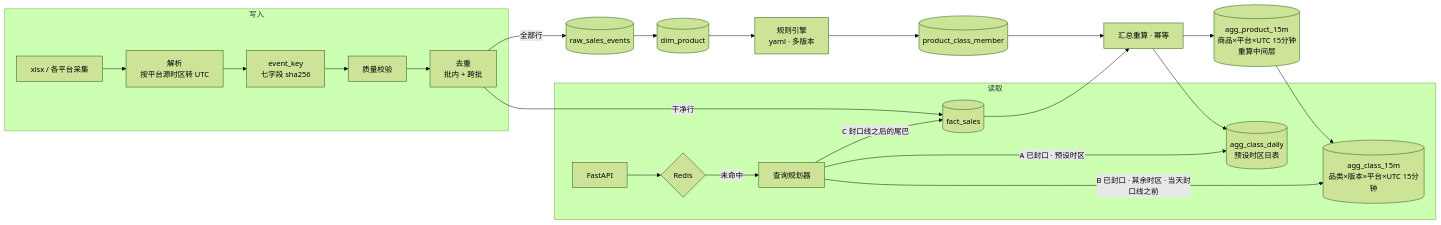
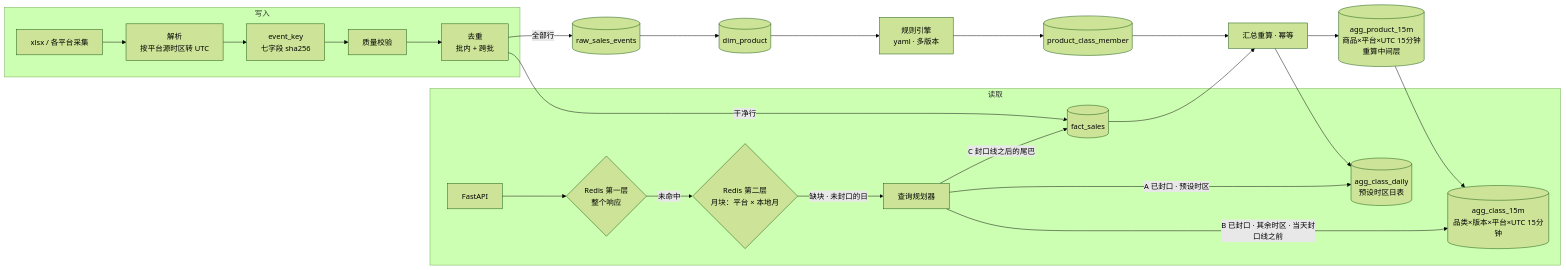
Before and after one commit to yuhangziyue/sales-trend: the diagram in README.md, drawn with Mermaid (forest theme). The commit also changed other lines of this file and 17 other files, not shown here.

````diff
--- a/README.md
+++ b/README.md
@@ -73,26 +74,27 @@
 ```mermaid
 flowchart LR
   subgraph 写入
     X[xlsx / 各平台采集] --> P[解析<br/>按平台源时区转 UTC]
     P --> K[event_key<br/>七字段 sha256]
     K --> Q[质量校验]
     Q --> D[去重<br/>批内 + 跨批]
   end
   D -->|全部行| RAW[(raw_sales_events)]
   D -->|干净行| FACT[(fact_sales)]
   RAW --> DIM[(dim_product)]
   DIM --> CLS[规则引擎<br/>yaml · 多版本]
   CLS --> MEM[(product_class_member)]
   FACT --> RU[汇总重算 · 幂等]
   MEM --> RU
   RU --> H[(agg_product_15m<br/>商品×平台×UTC 15分钟<br/>重算中间层)]
   H --> CH[(agg_class_15m<br/>品类×版本×平台×UTC 15分钟)]
   RU --> DC[(agg_class_daily<br/>预设时区日表)]
   subgraph 读取
-    API[FastAPI] --> C{Redis}
-    C -->|未命中| QP[查询规划器]
+    API[FastAPI] --> C{Redis 第一层<br/>整个响应}
+    C -->|未命中| B{Redis 第二层<br/>月块：平台 × 本地月}
+    B -->|缺块 · 未封口的日| QP[查询规划器]
     QP -->|A 已封口 · 预设时区| DC
     QP -->|B 已封口 · 其余时区 · 当天封口线之前| CH
     QP -->|C 封口线之后的尾巴| FACT
   end
 ```
````
